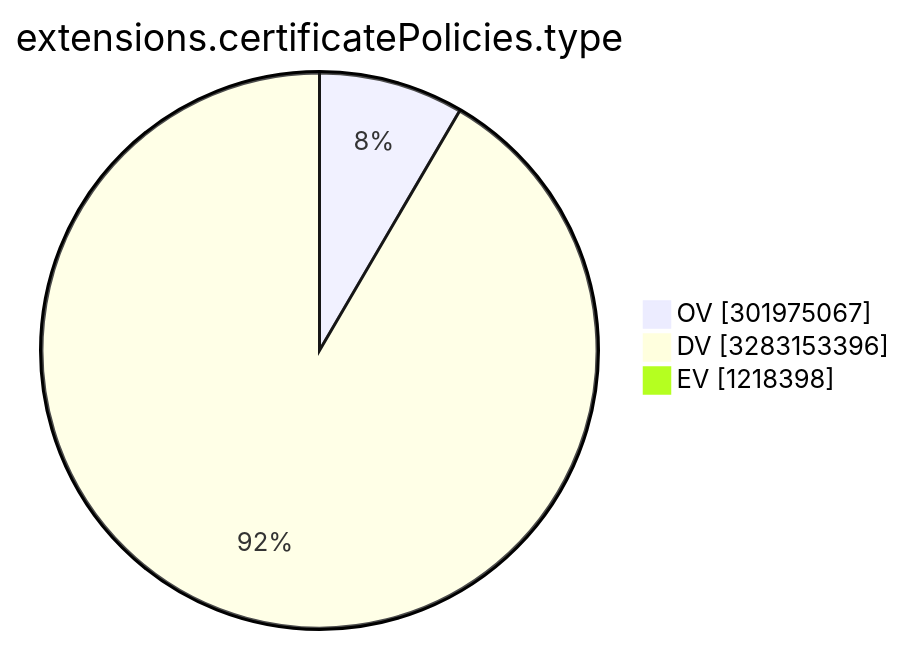
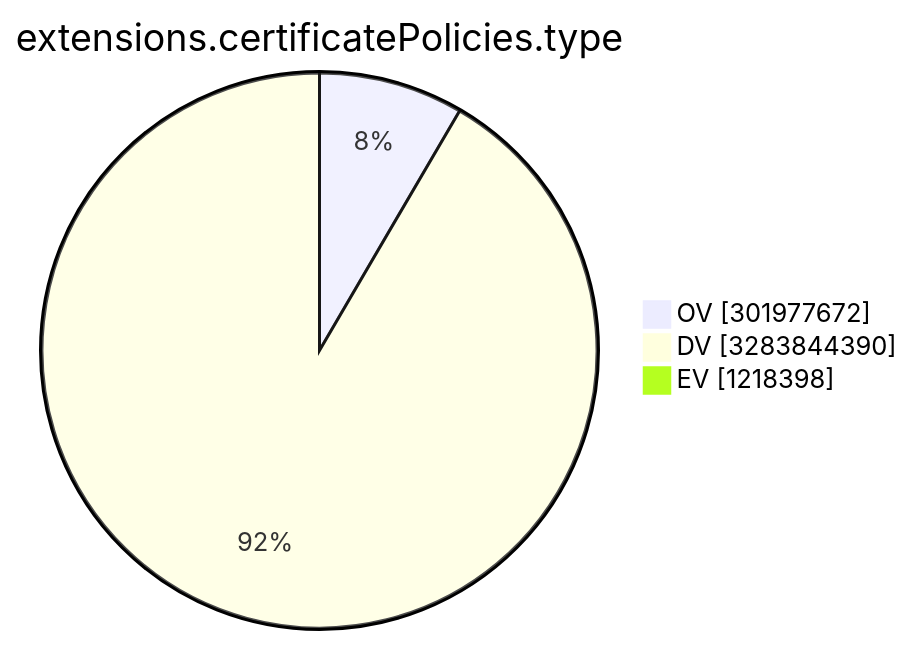
The ninth of 15 diagrams in TOTAL/README.md (christiankrug/ctmonitor_visualization), drawn with Mermaid before and after one commit. The commit also changed other lines of this file, not shown here.

````diff
--- a/TOTAL/README.md
+++ b/TOTAL/README.md
@@ -3107,7 +3107,7 @@
 ```mermaid
 pie showData
 title extensions.certificatePolicies.type
-"OV" :301975067
-"DV" :3283153396
+"OV" :301977672
+"DV" :3283844390
 "EV" :1218398
 ```
````
